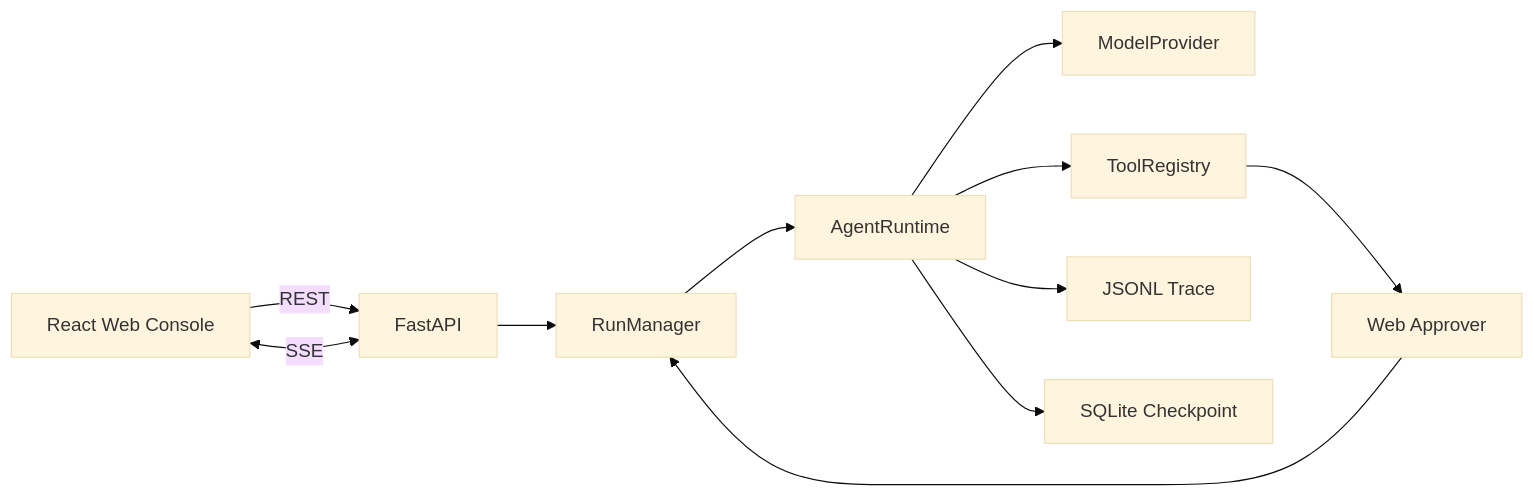
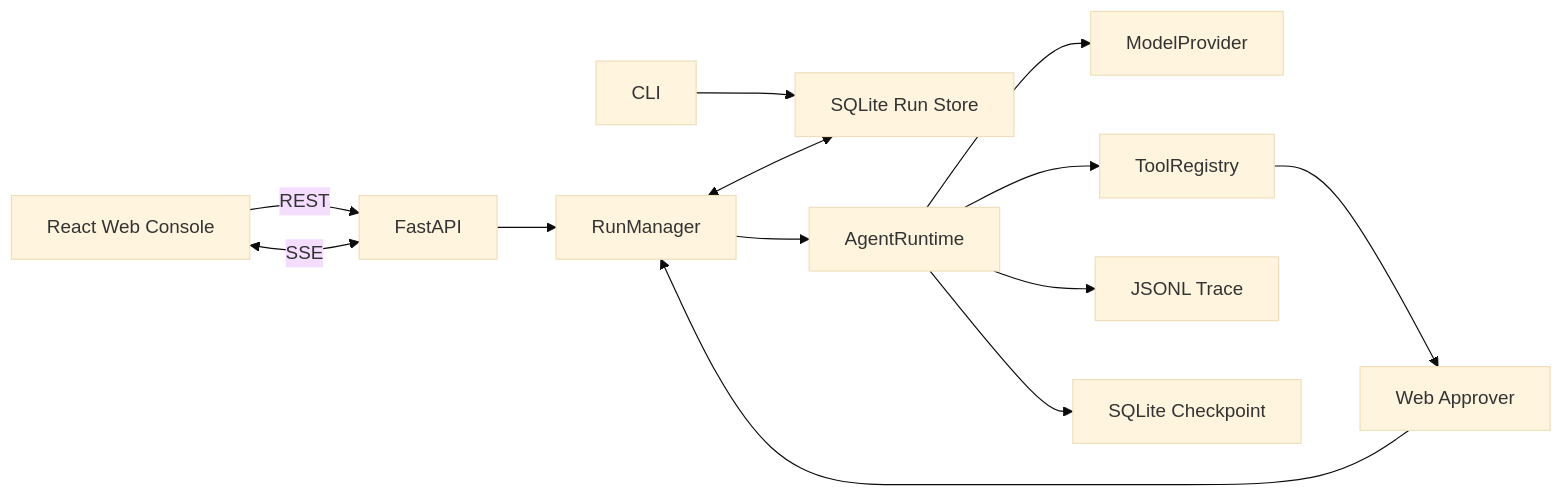
The diagram in docs/web-console.zh-CN.md (lucying-y/minicode-agent), drawn with Mermaid (base theme) before and after one commit. The commit also changed other lines of this file and 15 other files, not shown here.

Commit message:
feat: share CLI and Web run timelines

````diff
--- a/docs/web-console.zh-CN.md
+++ b/docs/web-console.zh-CN.md
@@ -136,13 +142,15 @@
 ```mermaid
 flowchart LR
+    CLI["CLI"] --> Store["SQLite Run Store"]
     Browser["React Web Console"] -->|"REST"| API["FastAPI"]
     Browser <-->|"SSE"| API
     API --> Manager["RunManager"]
+    Manager <--> Store
     Manager --> Runtime["AgentRuntime"]
     Runtime --> Provider["ModelProvider"]
     Runtime --> Registry["ToolRegistry"]
     Registry --> Approver["Web Approver"]
     Approver --> Manager
     Runtime --> Trace["JSONL Trace"]
     Runtime --> Checkpoint["SQLite Checkpoint"]
 ```
````
